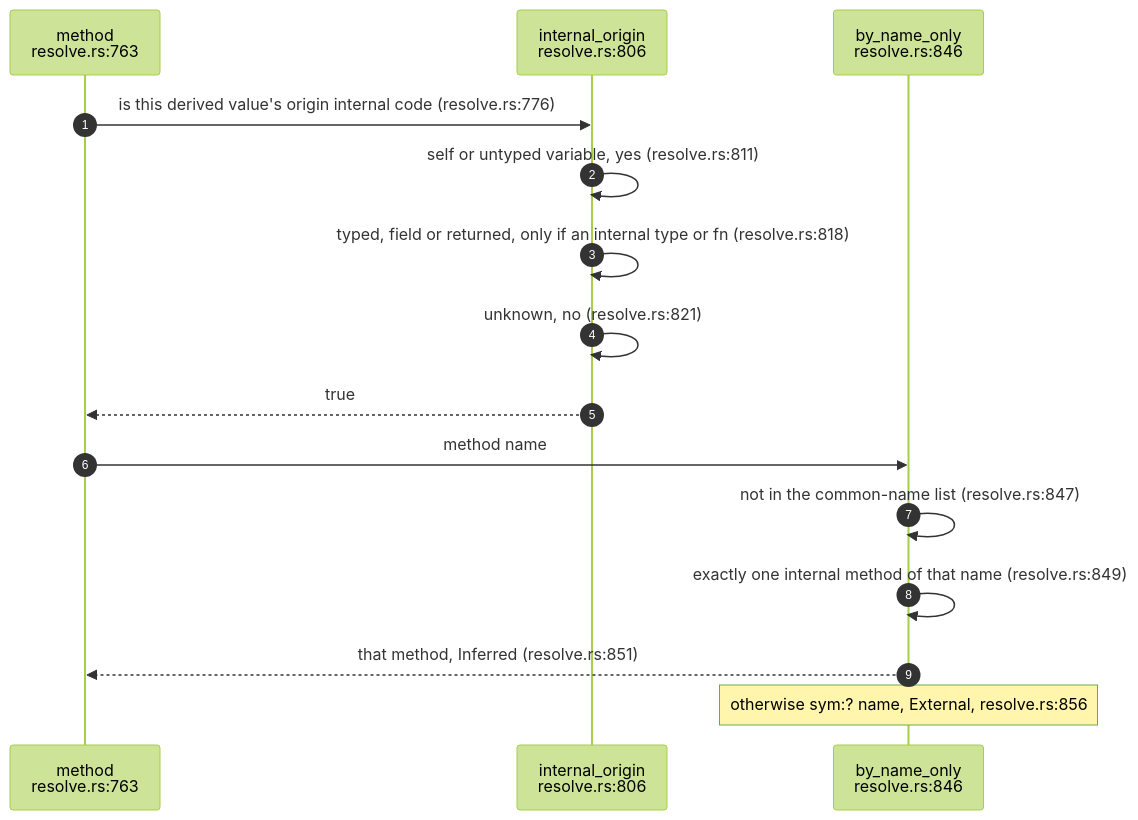
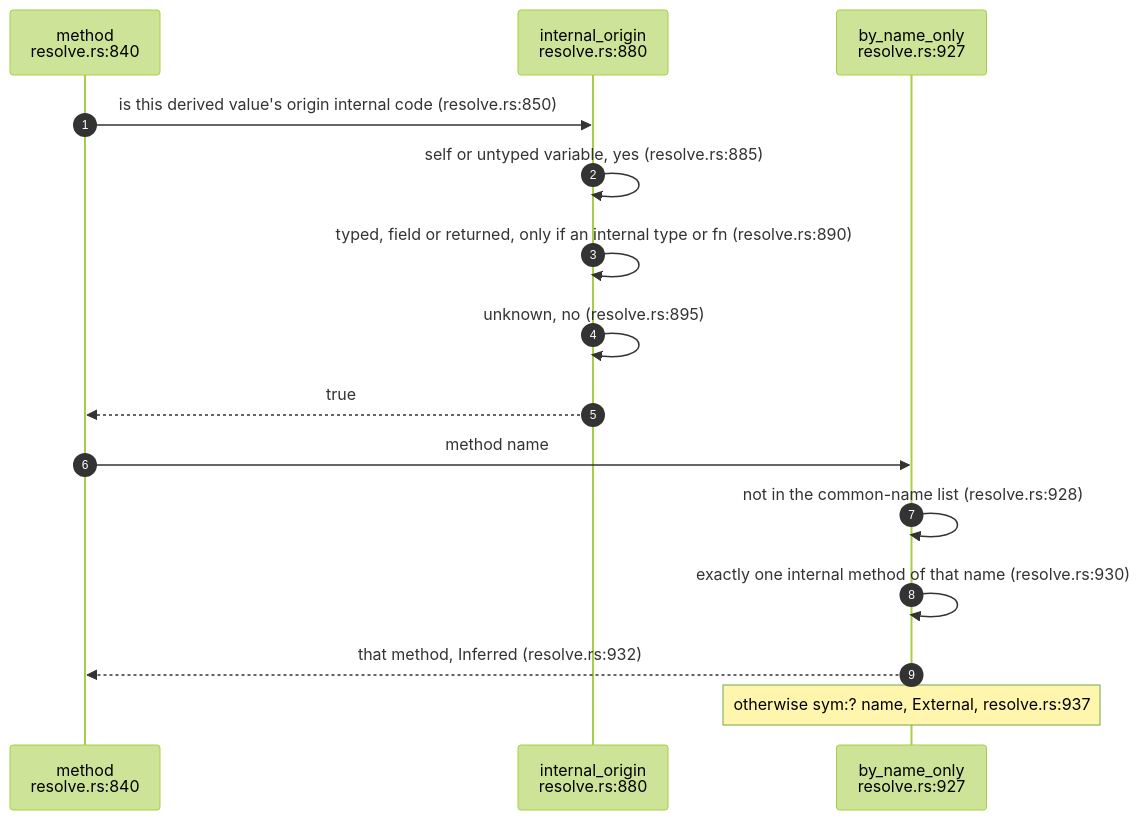
Before and after one commit to DreamLab-AI/codemaid: the fifth of 6 diagrams in docs/diagrams/extract/05-workspace-name-resolution.md, drawn with Mermaid (forest theme). The commit also changed other lines of this file and 8 other files, not shown here.

First line of the commit message:
docs(diagrams): restamp the extract topics to fec7aff; record the generics fix

````diff
--- a/docs/diagrams/extract/05-workspace-name-resolution.md
+++ b/docs/diagrams/extract/05-workspace-name-resolution.md
@@ -227,17 +239,17 @@
 ```mermaid
 sequenceDiagram
     autonumber
-    participant ME as method<br/>resolve.rs:763
-    participant IO as internal_origin<br/>resolve.rs:806
-    participant BN as by_name_only<br/>resolve.rs:846
-    ME->>IO: is this derived value's origin internal code (resolve.rs:776)
-    IO->>IO: self or untyped variable, yes (resolve.rs:811)
-    IO->>IO: typed, field or returned, only if an internal type or fn (resolve.rs:818)
-    IO->>IO: unknown, no (resolve.rs:821)
+    participant ME as method<br/>resolve.rs:840
+    participant IO as internal_origin<br/>resolve.rs:880
+    participant BN as by_name_only<br/>resolve.rs:927
+    ME->>IO: is this derived value's origin internal code (resolve.rs:850)
+    IO->>IO: self or untyped variable, yes (resolve.rs:885)
+    IO->>IO: typed, field or returned, only if an internal type or fn (resolve.rs:890)
+    IO->>IO: unknown, no (resolve.rs:895)
     IO-->>ME: true
     ME->>BN: method name
-    BN->>BN: not in the common-name list (resolve.rs:847)
-    BN->>BN: exactly one internal method of that name (resolve.rs:849)
-    BN-->>ME: that method, Inferred (resolve.rs:851)
-    Note over BN: otherwise sym:? name, External, resolve.rs:856
+    BN->>BN: not in the common-name list (resolve.rs:928)
+    BN->>BN: exactly one internal method of that name (resolve.rs:930)
+    BN-->>ME: that method, Inferred (resolve.rs:932)
+    Note over BN: otherwise sym:? name, External, resolve.rs:937
 ```
````
